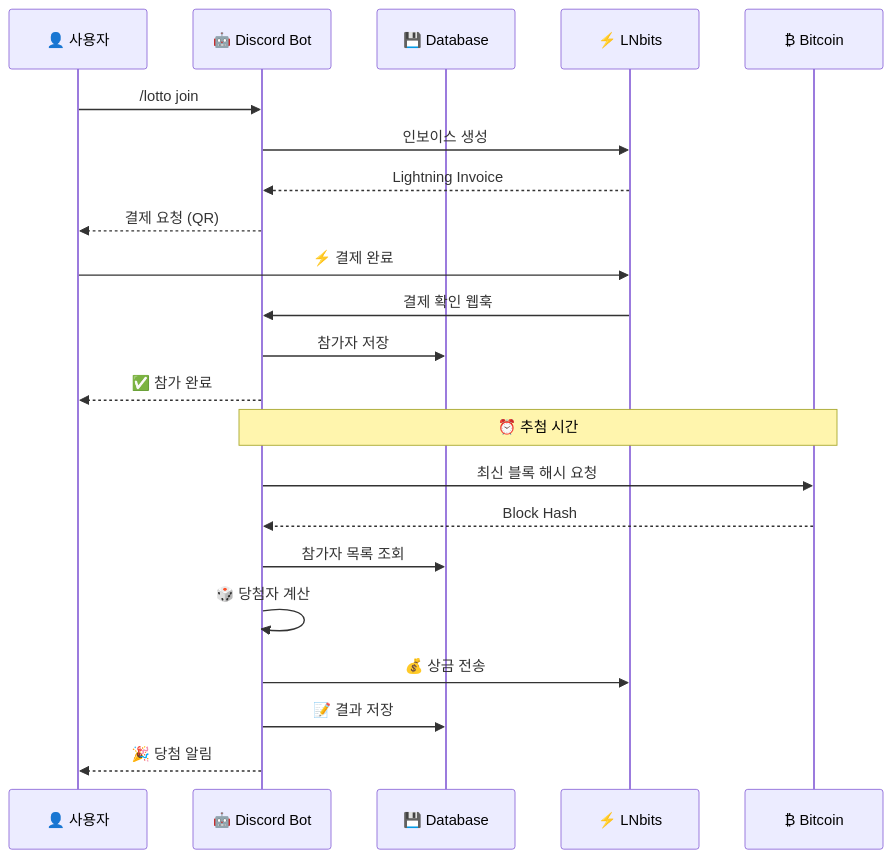
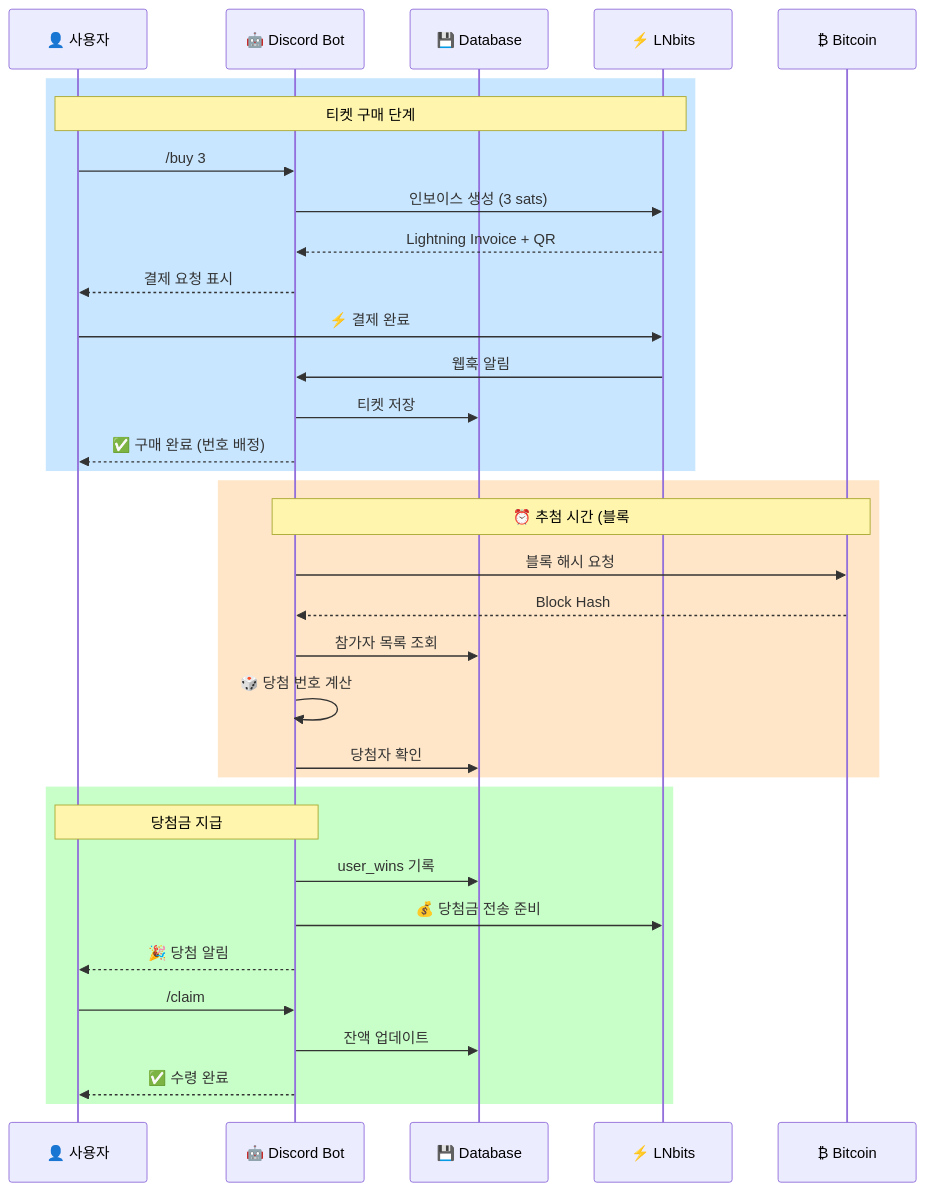
The sixth of 18 diagrams in WHITEPAPER.md (zzeongzi/lemon-lotto), drawn with Mermaid before and after one commit. The commit also changed other lines of this file, not shown here.

```diff
--- a/WHITEPAPER.md
+++ b/WHITEPAPER.md
@@ -415,27 +663,39 @@
                 <div class="mermaid">
                     sequenceDiagram
                         participant User as 👤 사용자
                         participant Bot as 🤖 Discord Bot
                         participant DB as 💾 Database
                         participant LN as ⚡ LNbits
                         participant BTC as ₿ Bitcoin
 
-                        User->>Bot: /lotto join
-                        Bot->>LN: 인보이스 생성
-                        LN-->>Bot: Lightning Invoice
-                        Bot-->>User: 결제 요청 (QR)
+                        rect rgb(200, 230, 255)
+                        Note over User,LN: 티켓 구매 단계
+                        User->>Bot: /buy 3
+                        Bot->>LN: 인보이스 생성 (3 sats)
+                        LN-->>Bot: Lightning Invoice + QR
+                        Bot-->>User: 결제 요청 표시
                         User->>LN: ⚡ 결제 완료
-                        LN->>Bot: 결제 확인 웹훅
-                        Bot->>DB: 참가자 저장
-                        Bot-->>User: ✅ 참가 완료
+                        LN->>Bot: 웹훅 알림
+                        Bot->>DB: 티켓 저장
+                        Bot-->>User: ✅ 구매 완료 (번호 배정)
+                        end
                         
-                        Note over Bot,BTC: ⏰ 추첨 시간
-                        
-                        Bot->>BTC: 최신 블록 해시 요청
+                        rect rgb(255, 230, 200)
+                        Note over Bot,BTC: ⏰ 추첨 시간 (블록 #926610)
+                        Bot->>BTC: 블록 해시 요청
                         BTC-->>Bot: Block Hash
                         Bot->>DB: 참가자 목록 조회
-                        Bot->>Bot: 🎲 당첨자 계산
-                        Bot->>LN: 💰 상금 전송
-                        Bot->>DB: 📝 결과 저장
+                        Bot->>Bot: 🎲 당첨 번호 계산
+                        Bot->>DB: 당첨자 확인
+                        end
+                        
+                        rect rgb(200, 255, 200)
+                        Note over Bot,User: 당첨금 지급
+                        Bot->>DB: user_wins 기록
+                        Bot->>LN: 💰 당첨금 전송 준비
                         Bot-->>User: 🎉 당첨 알림
+                        User->>Bot: /claim
+                        Bot->>DB: 잔액 업데이트
+                        Bot-->>User: ✅ 수령 완료
+                        end
                 </div>
```
